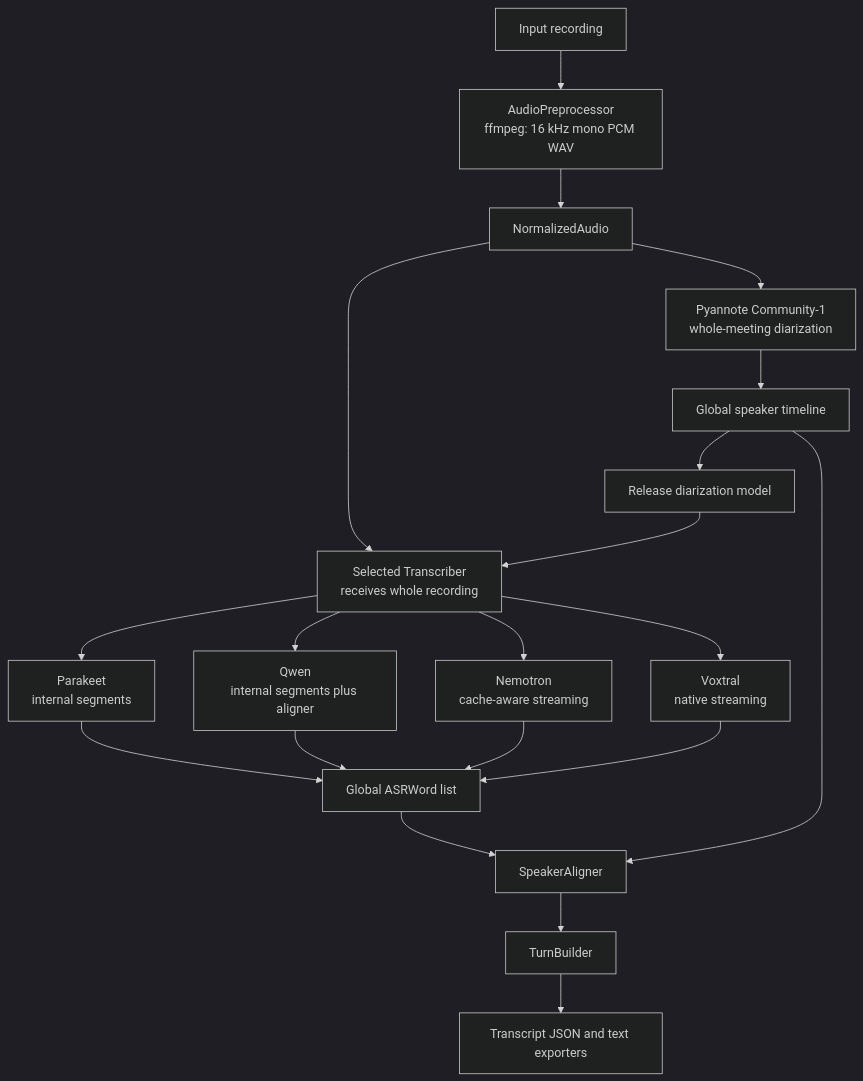
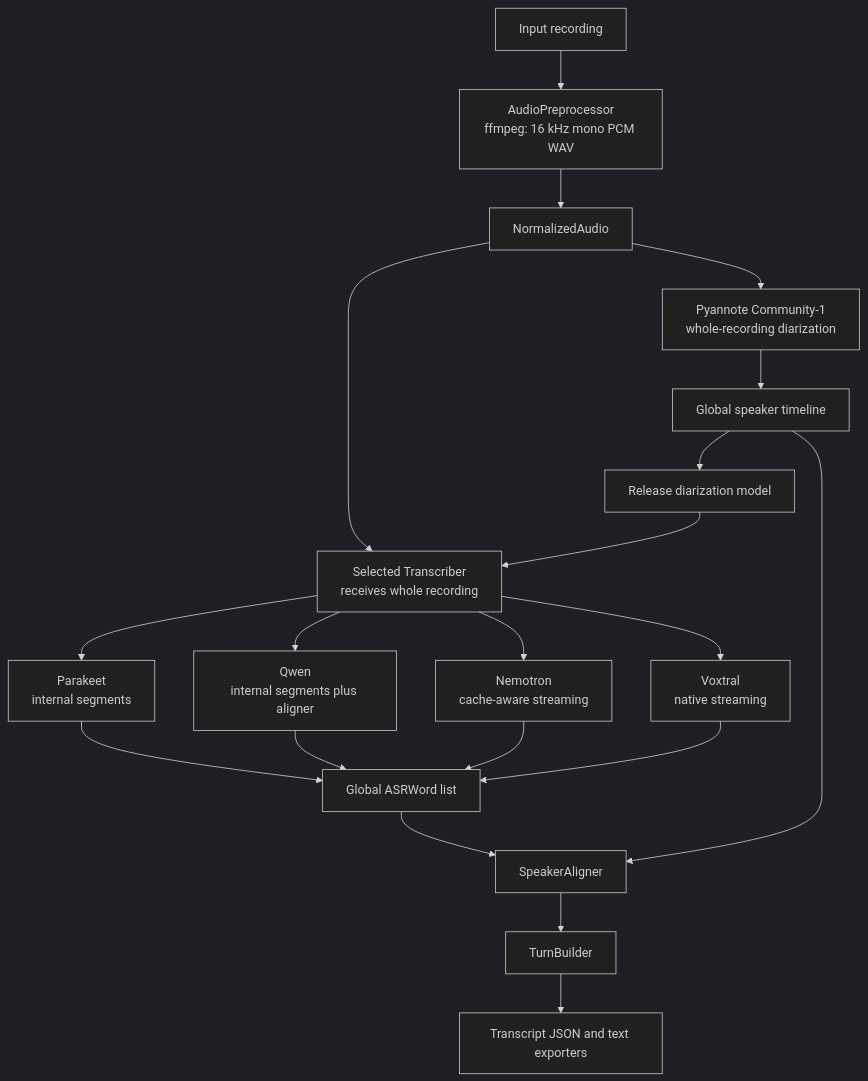
The diagram in README.md (balex42/transcription-pipeline), drawn with Mermaid (dark theme) before and after one commit. The commit also changed other lines of this file and 91 other files, not shown here.

````diff
--- a/README.md
+++ b/README.md
@@ -7,22 +7,22 @@
 ```mermaid
 flowchart TD
     input[Input recording] --> normalize[AudioPreprocessor\nffmpeg: 16 kHz mono PCM WAV]
     normalize --> audio[NormalizedAudio]
-    audio --> diarize[Pyannote Community-1\nwhole-meeting diarization]
+    audio --> diarize[Pyannote Community-1\nwhole-recording diarization]
     diarize --> timeline[Global speaker timeline]
     timeline --> release[Release diarization model]
     audio --> transcriber[Selected Transcriber\nreceives whole recording]
     release --> transcriber
     transcriber --> parakeet[Parakeet\ninternal segments]
     transcriber --> qwen[Qwen\ninternal segments plus aligner]
     transcriber --> nemotron[Nemotron\ncache-aware streaming]
     transcriber --> voxtral[Voxtral\nnative streaming]
     parakeet --> words[Global ASRWord list]
     qwen --> words
     nemotron --> words
     voxtral --> words
     words --> align[SpeakerAligner]
     timeline --> align
     align --> turns[TurnBuilder]
     turns --> export[Transcript JSON and text exporters]
 ```
````
